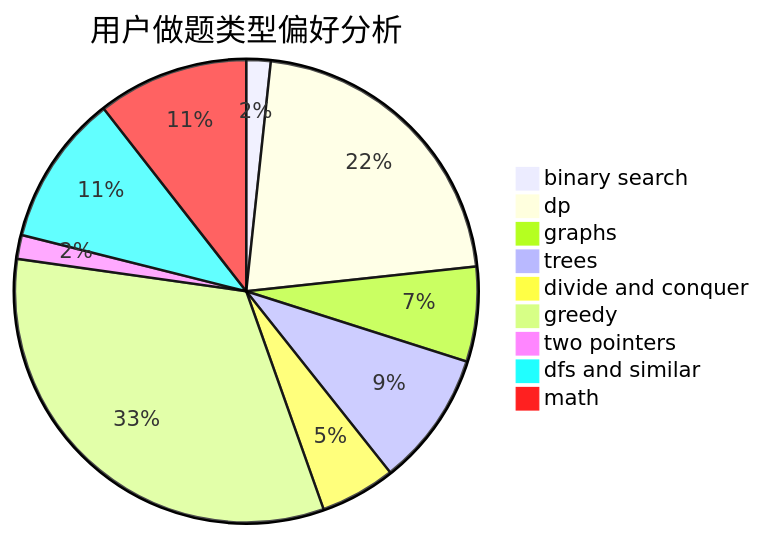
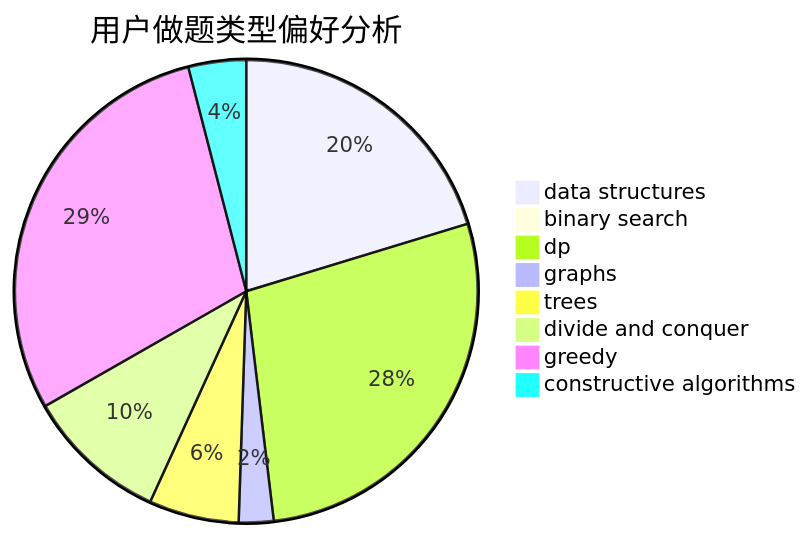
One commit to sherpahu/cfrs.github.io changed the second of 3 diagrams in docs/user/u1035.md. Above: the diagram before and after it, drawn with Mermaid. The commit also changed other lines of this file and 2775 other files, not shown here.

````diff
--- a/docs/user/u1035.md
+++ b/docs/user/u1035.md
@@ -23,12 +23,11 @@
 ```mermaid
 pie title 用户做题类型偏好分析
-    "binary search" :  61
-    "dp" :  776
-    "graphs" :  238
-    "trees" :  338
-    "divide and conquer" :  189
-    "greedy" :  1174
-    "two pointers" :  60
-    "dfs and similar" :  379
-    "math" :  379
+    "data structures" :  368
+    "binary search" :  8
+    "dp" :  504
+    "graphs" :  44
+    "trees" :  114
+    "divide and conquer" :  180
+    "greedy" :  530
+    "constructive algorithms" :  73
 ```
````
